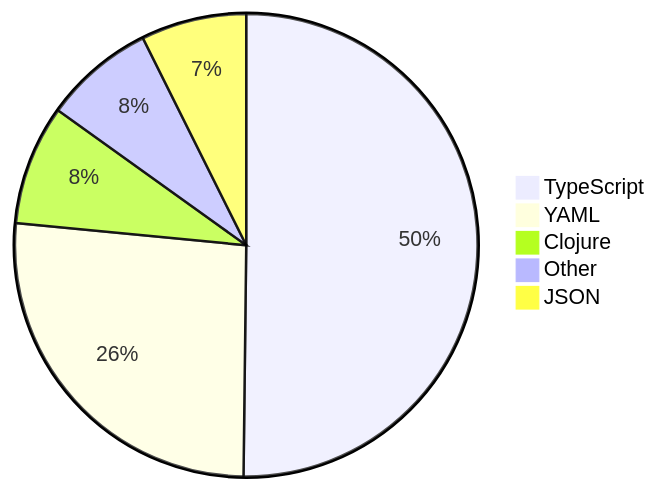
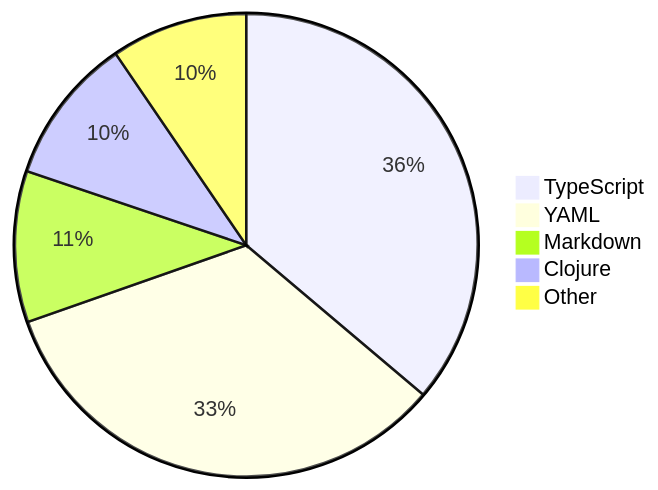
Before and after one commit to skvggor/skvggor: the diagram in README.md, drawn with Mermaid.

Commit message:
Updated waka-readme graph with new metrics

````diff
--- a/README.md
+++ b/README.md
@@ -28,8 +28,8 @@
 ```mermaid
 pie
-    "TypeScript" : 40.2
-    "YAML" : 21.1
-    "Clojure" : 6.7
-    "Other" : 6.2
-    "JSON" : 5.9
+    "TypeScript" : 28.1
+    "YAML" : 26.0
+    "Markdown" : 8.2
+    "Clojure" : 8.0
+    "Other" : 7.4
 ```
````
